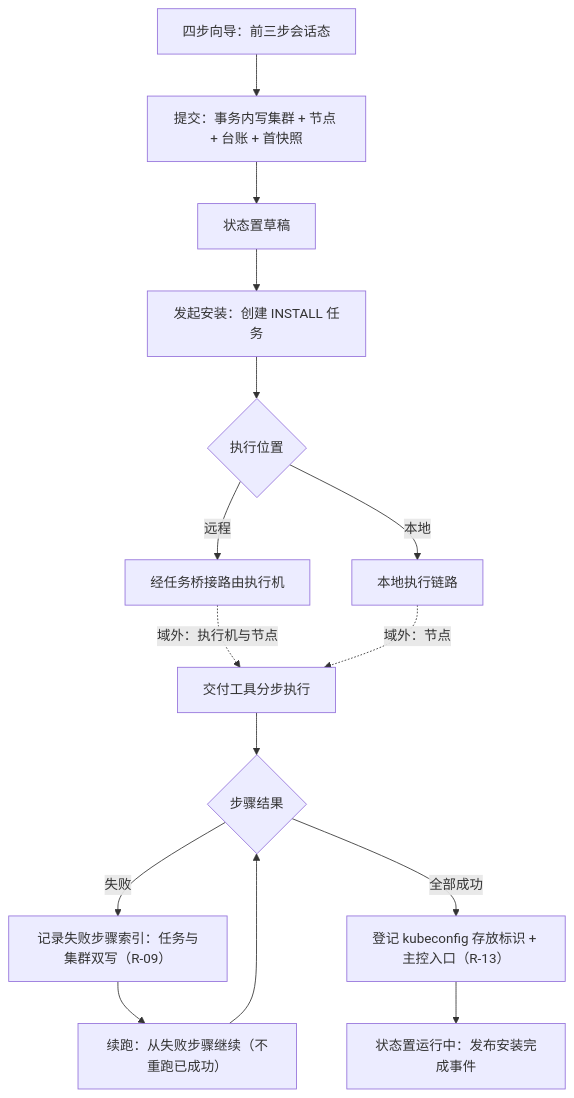
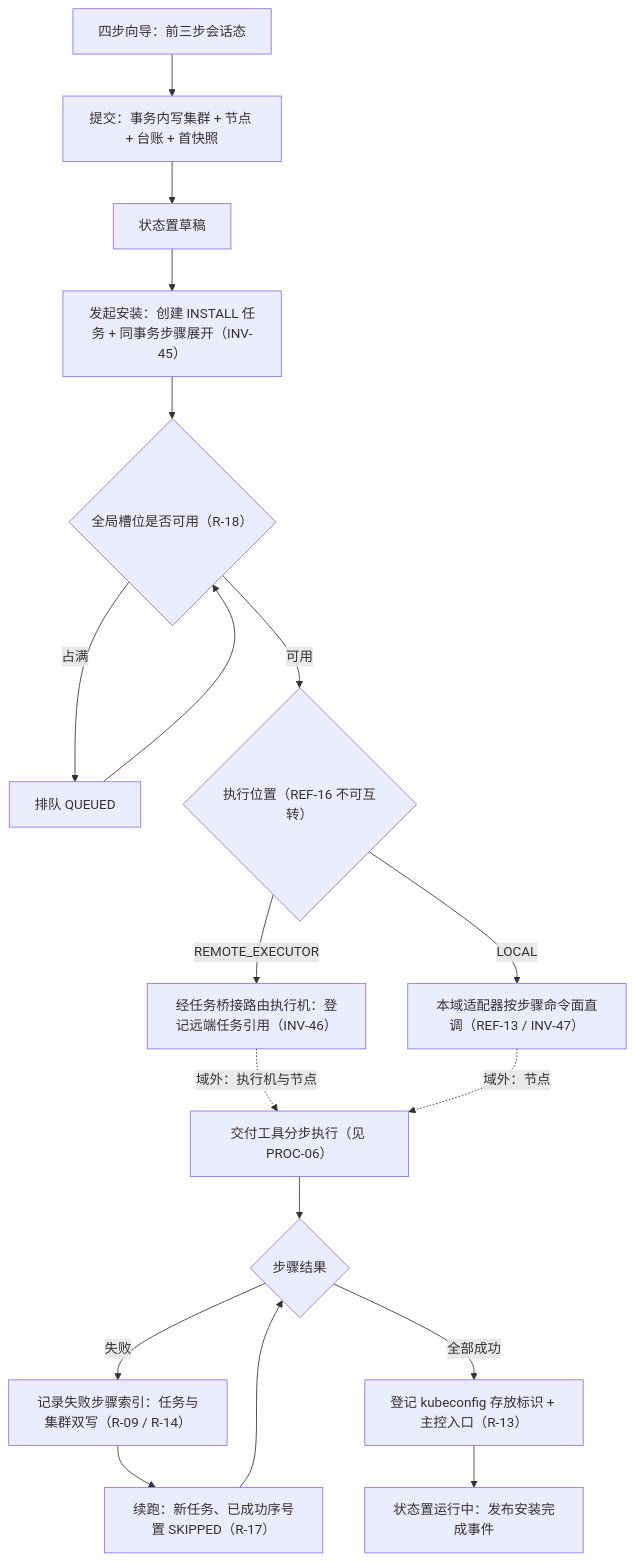
One commit to Project-Opic/opic-clc changed the third of 9 diagrams in design/spec/需求规格说明书-OPIC-集群域.md. Above: the diagram before and after it, drawn with Mermaid. The commit also changed other lines of this file and 3 other files, not shown here.

````diff
--- a/design/spec/需求规格说明书-OPIC-集群域.md
+++ b/design/spec/需求规格说明书-OPIC-集群域.md
@@ -756,17 +878,20 @@
 ```mermaid
 flowchart TD
     A["四步向导：前三步会话态"] --> B["提交：事务内写集群 + 节点 + 台账 + 首快照"]
     B --> C["状态置草稿"]
-    C --> D["发起安装：创建 INSTALL 任务"]
-    D --> E{"执行位置"}
-    E -->|远程| F["经任务桥接路由执行机"]
-    E -->|本地| G["本地执行链路"]
-    F -.->|域外：执行机与节点| H["交付工具分步执行"]
+    C --> D["发起安装：创建 INSTALL 任务 + 同事务步骤展开（INV-45）"]
+    D --> D2{"全局槽位是否可用（R-18）"}
+    D2 -->|占满| DQ["排队 QUEUED"]
+    DQ --> D2
+    D2 -->|可用| E{"执行位置（REF-16 不可互转）"}
+    E -->|REMOTE_EXECUTOR| F["经任务桥接路由执行机：登记远端任务引用（INV-46）"]
+    E -->|LOCAL| G["本域适配器按步骤命令面直调（REF-13 / INV-47）"]
+    F -.->|域外：执行机与节点| H["交付工具分步执行（见 PROC-06）"]
     G -.->|域外：节点| H
     H --> I{"步骤结果"}
-    I -->|失败| J["记录失败步骤索引：任务与集群双写（R-09）"]
-    J --> K["续跑：从失败步骤继续（不重跑已成功）"]
+    I -->|失败| J["记录失败步骤索引：任务与集群双写（R-09 / R-14）"]
+    J --> K["续跑：新任务、已成功序号置 SKIPPED（R-17）"]
     K --> I
     I -->|全部成功| L["登记 kubeconfig 存放标识 + 主控入口（R-13）"]
     L --> M["状态置运行中：发布安装完成事件"]
 ```
````
